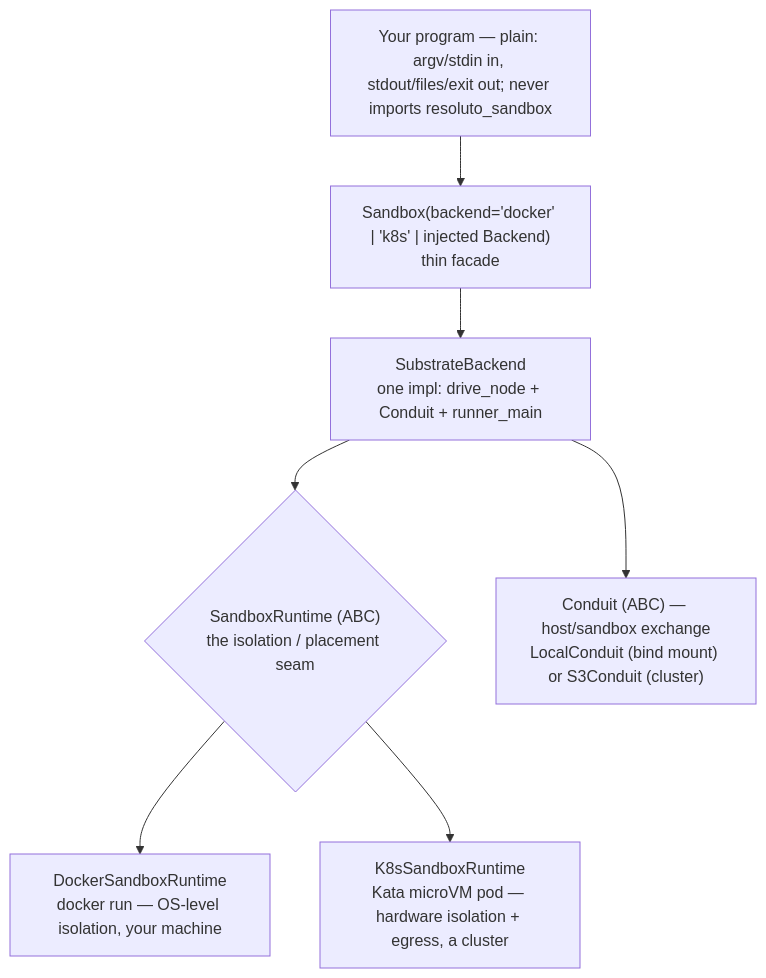
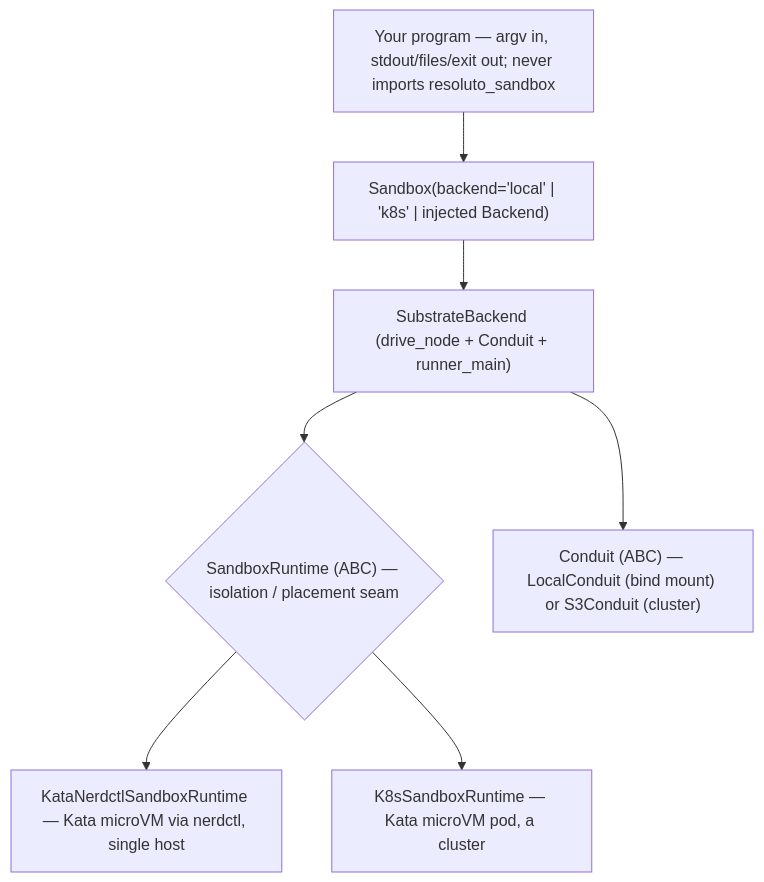
One commit to DeepBlueCoding/resoluto-sandbox changed the first of 2 diagrams in docs/backends.md. Above: the diagram before and after it, drawn with Mermaid. The commit also changed other lines of this file and 42 other files, not shown here.

First line of the commit message:
feat(sandbox): local Kata backend (nerdctl + dedicated containerd) + de-slop the package

````diff
--- a/docs/backends.md
+++ b/docs/backends.md
@@ -20,15 +17,15 @@
 ```mermaid
 flowchart TD
-    P["Your program — plain: argv/stdin in, stdout/files/exit out; never imports resoluto_sandbox"]
-    S["Sandbox(backend='docker' | 'k8s' | injected Backend)<br/>thin facade"]
-    SB["SubstrateBackend<br/>one impl: drive_node + Conduit + runner_main"]
-    RT{"SandboxRuntime (ABC)<br/>the isolation / placement seam"}
-    D["DockerSandboxRuntime<br/>docker run — OS-level isolation, your machine"]
-    K["K8sSandboxRuntime<br/>Kata microVM pod — hardware isolation + egress, a cluster"]
-    CD["Conduit (ABC) — host/sandbox exchange<br/>LocalConduit (bind mount) or S3Conduit (cluster)"]
+    P["Your program — argv in, stdout/files/exit out; never imports resoluto_sandbox"]
+    S["Sandbox(backend='local' | 'k8s' | injected Backend)"]
+    SB["SubstrateBackend (drive_node + Conduit + runner_main)"]
+    RT{"SandboxRuntime (ABC) — isolation / placement seam"}
+    D["KataNerdctlSandboxRuntime — Kata microVM via nerdctl, single host"]
+    K["K8sSandboxRuntime — Kata microVM pod, a cluster"]
+    CD["Conduit (ABC) — LocalConduit (bind mount) or S3Conduit (cluster)"]
     P --> S --> SB
     SB --> RT
     RT --> D
     RT --> K
     SB --> CD
 ```
````
